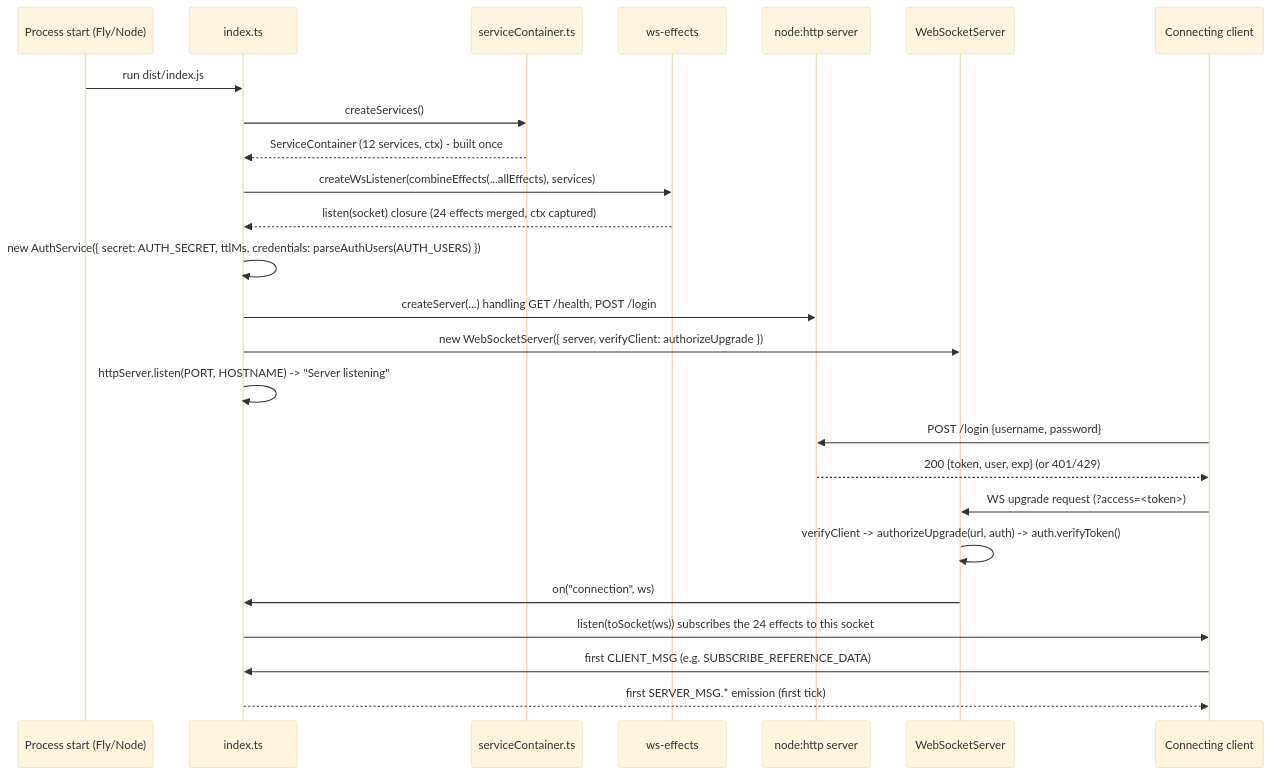
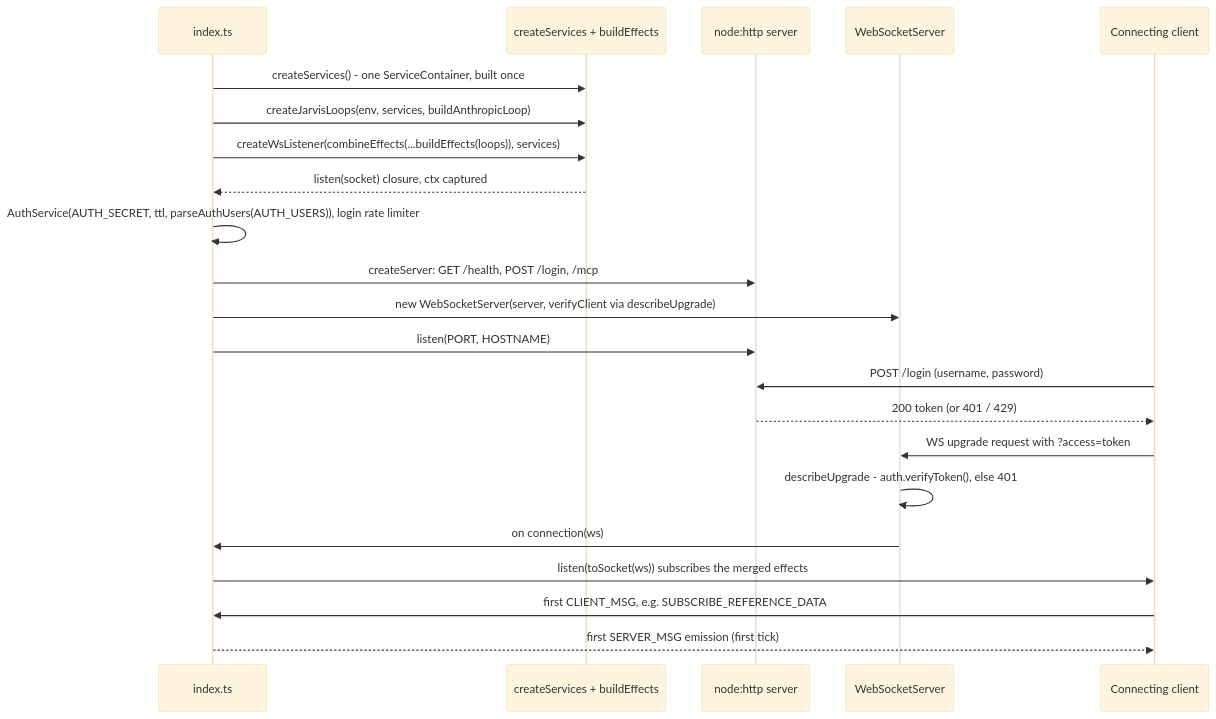
Before and after one commit to bettersoftware-io/ReactiveTraderCloudClone: the fourth of 4 diagrams in docs/architecture/14-composition-and-wiring.md, drawn with Mermaid (base theme). The commit also changed other lines of this file, not shown here.

First line of the commit message:
docs(architecture): §14 describes the load-time core boot chain and today's wiring

````diff
--- a/docs/architecture/14-composition-and-wiring.md
+++ b/docs/architecture/14-composition-and-wiring.md
@@ -184,28 +200,25 @@
 ```mermaid
 sequenceDiagram
-    participant OS as Process start (Fly/Node)
     participant Idx as index.ts
-    participant SC as serviceContainer.ts
-    participant WSE as ws-effects
+    participant SC as createServices + buildEffects
     participant HTTP as node:http server
     participant WSS as WebSocketServer
     participant Client as Connecting client
 
-    OS->>Idx: run dist/index.js
-    Idx->>SC: createServices()
-    SC-->>Idx: ServiceContainer (12 services, ctx) - built once
-    Idx->>WSE: createWsListener(combineEffects(...allEffects), services)
-    WSE-->>Idx: listen(socket) closure (24 effects merged, ctx captured)
-    Idx->>Idx: new AuthService({ secret: AUTH_SECRET, ttlMs, credentials: parseAuthUsers(AUTH_USERS) })
-    Idx->>HTTP: createServer(...) handling GET /health, POST /login
-    Idx->>WSS: new WebSocketServer({ server, verifyClient: authorizeUpgrade })
-    Idx->>Idx: httpServer.listen(PORT, HOSTNAME) -> "Server listening"
-    Client->>HTTP: POST /login {username, password}
-    HTTP-->>Client: 200 {token, user, exp} (or 401/429)
-    Client->>WSS: WS upgrade request (?access=<token>)
-    WSS->>WSS: verifyClient -> authorizeUpgrade(url, auth) -> auth.verifyToken()
-    WSS->>Idx: on("connection", ws)
-    Idx->>Client: listen(toSocket(ws)) subscribes the 24 effects to this socket
-    Client->>Idx: first CLIENT_MSG (e.g. SUBSCRIBE_REFERENCE_DATA)
-    Idx-->>Client: first SERVER_MSG.* emission (first tick)
+    Idx->>SC: createServices() - one ServiceContainer, built once
+    Idx->>SC: createJarvisLoops(env, services, buildAnthropicLoop)
+    Idx->>SC: createWsListener(combineEffects(...buildEffects(loops)), services)
+    SC-->>Idx: listen(socket) closure, ctx captured
+    Idx->>Idx: AuthService(AUTH_SECRET, ttl, parseAuthUsers(AUTH_USERS)), login rate limiter
+    Idx->>HTTP: createServer: GET /health, POST /login, /mcp
+    Idx->>WSS: new WebSocketServer(server, verifyClient via describeUpgrade)
+    Idx->>HTTP: listen(PORT, HOSTNAME)
+    Client->>HTTP: POST /login (username, password)
+    HTTP-->>Client: 200 token (or 401 / 429)
+    Client->>WSS: WS upgrade request with ?access=token
+    WSS->>WSS: describeUpgrade - auth.verifyToken(), else 401
+    WSS->>Idx: on connection(ws)
+    Idx->>Client: listen(toSocket(ws)) subscribes the merged effects
+    Client->>Idx: first CLIENT_MSG, e.g. SUBSCRIBE_REFERENCE_DATA
+    Idx-->>Client: first SERVER_MSG emission (first tick)
 ```
````
